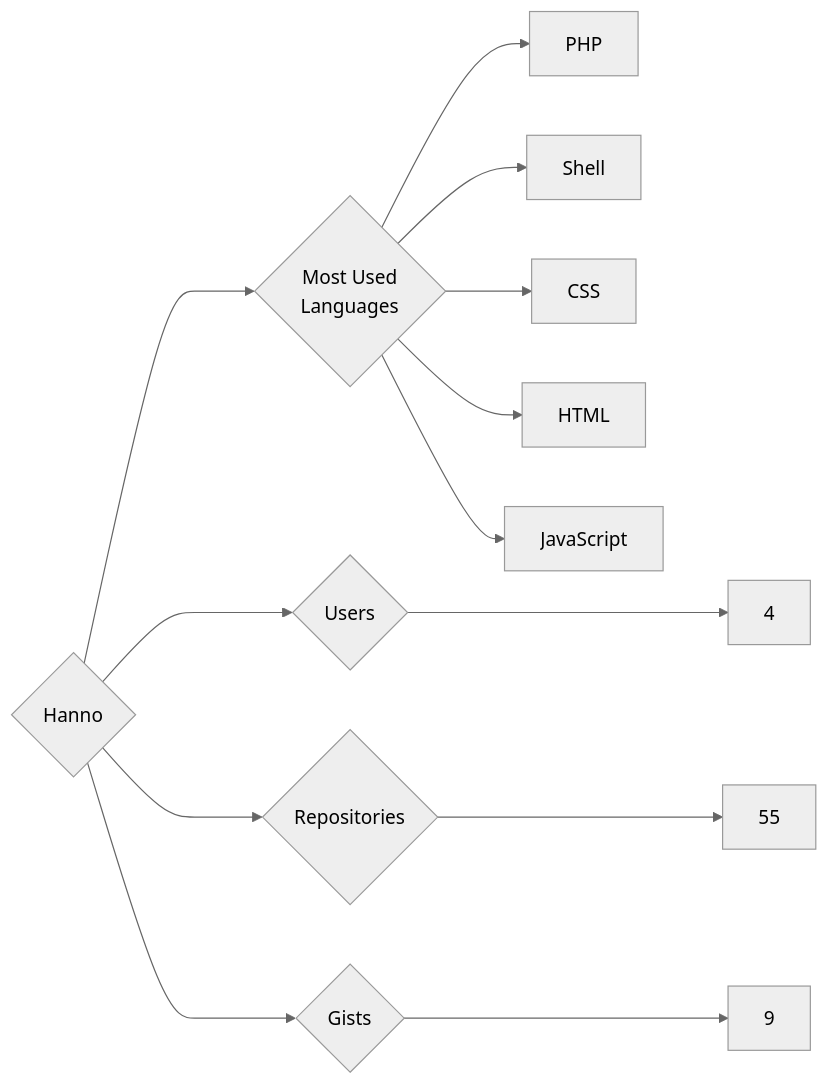
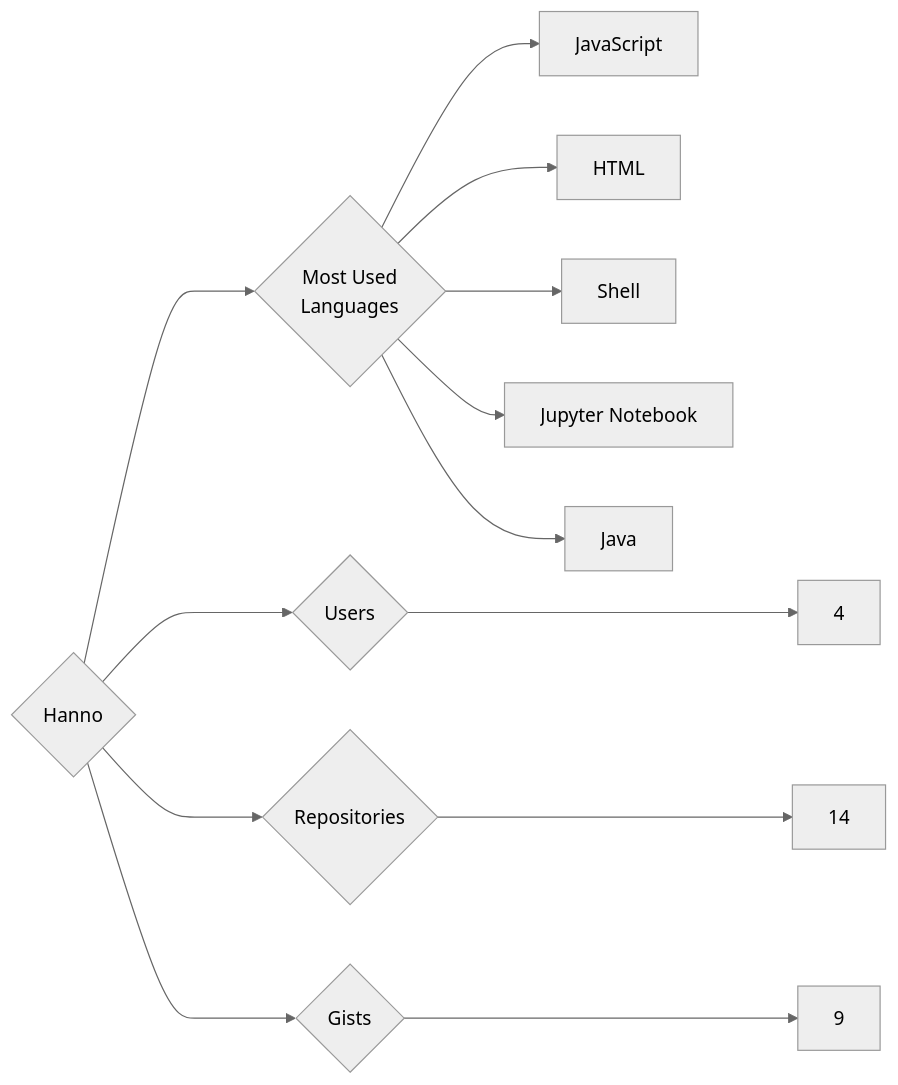
One commit to trickest/insiders changed the diagram in targets/Hanno/README.md. Above: the diagram before and after it, drawn with Mermaid (neutral theme). The commit also changed 988 other files, not shown here.

````diff
--- a/targets/Hanno/README.md
+++ b/targets/Hanno/README.md
@@ -3,13 +3,13 @@
 ```mermaid
 graph LR
 COMPANY_NAME{Hanno}
 COMPANY_NAME ---> U{Users} ---> UN[4]
-COMPANY_NAME ---> R{Repositories} ---> RN[55]
+COMPANY_NAME ---> R{Repositories} ---> RN[14]
 COMPANY_NAME ---> G{Gists} ---> GN[9]
 COMPANY_NAME ---> ML{Most Used<br>Languages}
-ML --> PHP[PHP]
+ML --> JavaScript[JavaScript]
+ML --> HTML[HTML]
 ML --> Shell[Shell]
-ML --> CSS[CSS]
-ML --> HTML[HTML]
-ML --> JavaScript[JavaScript]
+ML --> Jupyter_Notebook[Jupyter Notebook]
+ML --> Java[Java]
 ```
````
